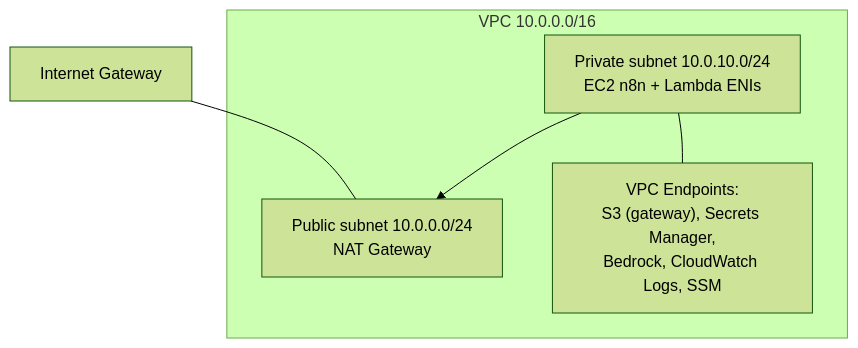
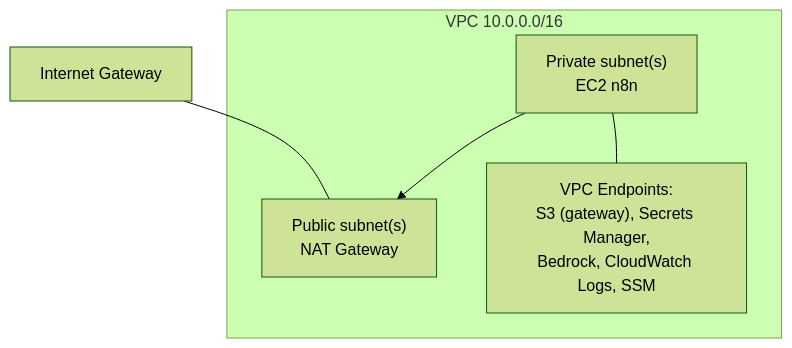
The diagram in docs/infrastructure.md (teddynted/ai-github-repository-blog-generator), drawn with Mermaid (forest theme) before and after one commit. The commit also changed other lines of this file and 10 other files, not shown here.

````diff
--- a/docs/infrastructure.md
+++ b/docs/infrastructure.md
@@ -102,11 +100,11 @@
 ```mermaid
 flowchart TB
     subgraph VPC["VPC 10.0.0.0/16"]
-        PUB["Public subnet 10.0.0.0/24<br/>NAT Gateway"]
-        PRIV["Private subnet 10.0.10.0/24<br/>EC2 n8n + Lambda ENIs"]
+        PUB["Public subnet(s)<br/>NAT Gateway"]
+        PRIV["Private subnet(s)<br/>EC2 n8n"]
         VPCE["VPC Endpoints:<br/>S3 (gateway), Secrets Manager,<br/>Bedrock, CloudWatch Logs, SSM"]
     end
     IGW[Internet Gateway] --- PUB
     PRIV --> PUB
     PRIV --- VPCE
 ```
````
